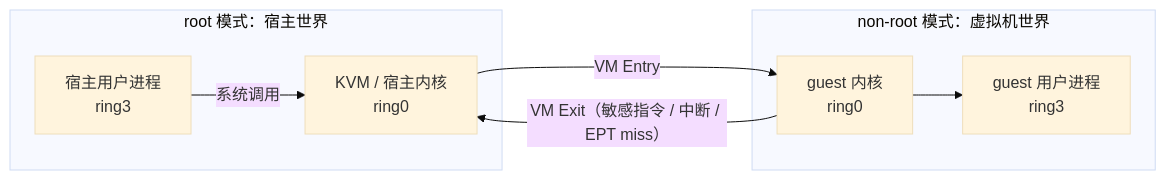
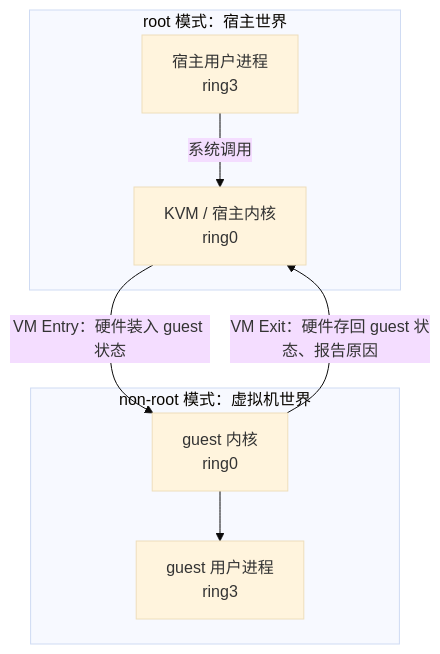
The first of 3 diagrams in kvm/CPU 工作模式.md (liushiqin-647/Obsidian), drawn with Mermaid (base theme) before and after one commit. The commit also changed other lines of this file, not shown here.

````diff
--- a/kvm/CPU 工作模式.md
+++ b/kvm/CPU 工作模式.md
@@ -10,15 +36,11 @@
 ```mermaid
-flowchart LR
+flowchart TB
     subgraph ROOT["root 模式：宿主世界"]
-        U["宿主用户进程<br/>ring3"]
-        K["KVM / 宿主内核<br/>ring0"]
-        U -->|系统调用| K
+        U["宿主用户进程<br/>ring3"] -->|系统调用| K["KVM / 宿主内核<br/>ring0"]
     end
     subgraph NONROOT["non-root 模式：虚拟机世界"]
-        GK["guest 内核<br/>ring0"]
-        GU["guest 用户进程<br/>ring3"]
-        GK --> GU
+        GK["guest 内核<br/>ring0"] --> GU["guest 用户进程<br/>ring3"]
     end
-    K -->|"VM Entry"| GK
-    GK -->|"VM Exit（敏感指令 / 中断 / EPT miss）"| K
+    K -->|"VM Entry：硬件装入 guest 状态"| GK
+    GK -->|"VM Exit：硬件存回 guest 状态、报告原因"| K
 ```
````
